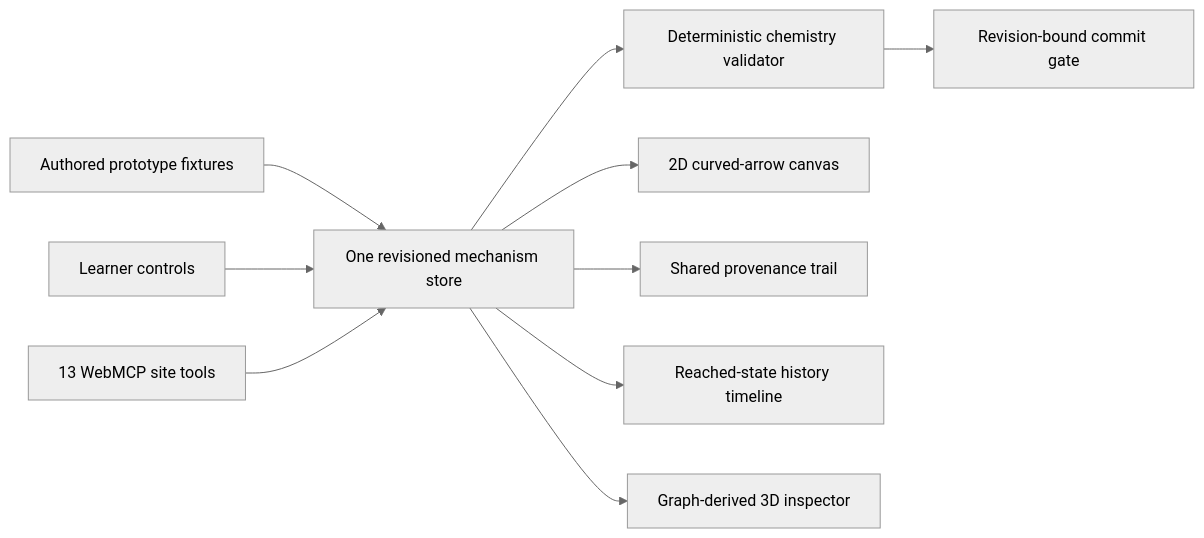
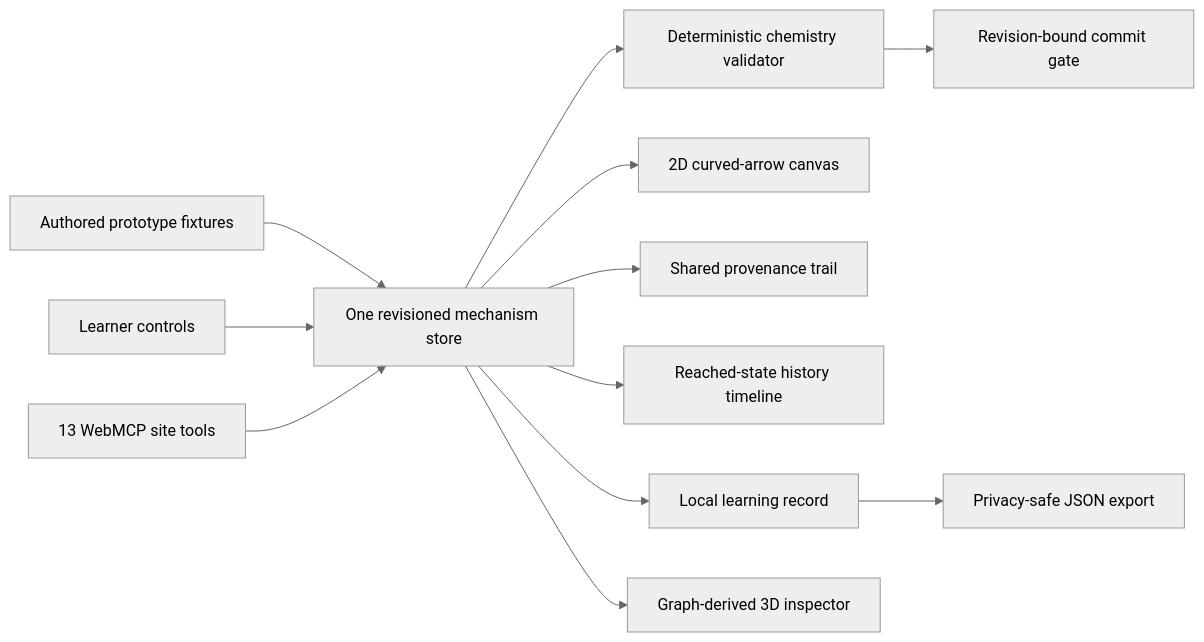
One commit to mihirduvedi/mechanism-canvas changed the diagram in README.md. Above: the diagram before and after it, drawn with Mermaid (neutral theme). The commit also changed other lines of this file and 11 other files, not shown here.

Commit message:
feat: add local learning records

````diff
--- a/README.md
+++ b/README.md
@@ -13,12 +13,14 @@
 ```mermaid
 flowchart LR
   P["Authored prototype fixtures"] --> S["One revisioned mechanism store"]
   H["Learner controls"] --> S
   A["13 WebMCP site tools"] --> S
   S --> V["Deterministic chemistry validator"]
   S --> C["2D curved-arrow canvas"]
   S --> T["Shared provenance trail"]
   S --> R["Reached-state history timeline"]
+  S --> L["Local learning record"]
+  L --> E["Privacy-safe JSON export"]
   S --> M["Graph-derived 3D inspector"]
   V --> G["Revision-bound commit gate"]
 ```
````
